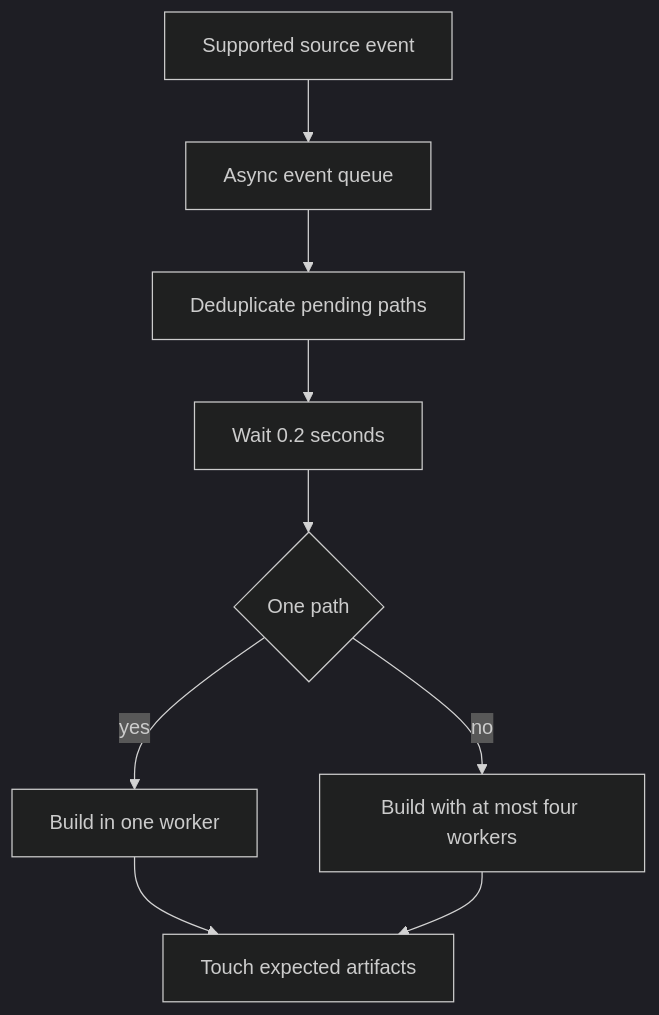
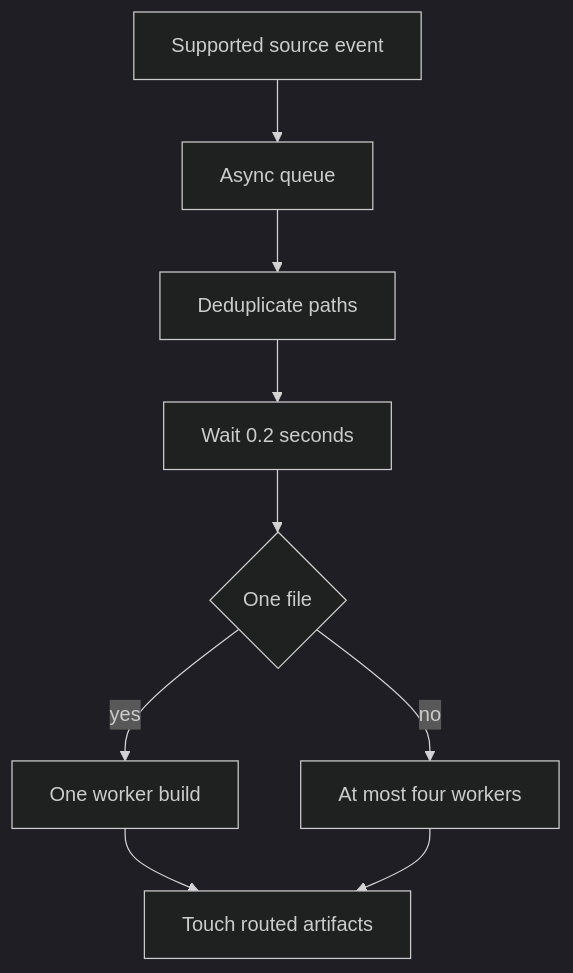
The second of 2 diagrams in openwiki/testing/builder-tests.md (rishi-raj-jain/docs-1), drawn with Mermaid (dark theme) before and after one commit. The commit also changed other lines of this file and 48 other files, not shown here.

````diff
--- a/openwiki/testing/builder-tests.md
+++ b/openwiki/testing/builder-tests.md
@@ -113,11 +145,11 @@
 ```mermaid
 flowchart TD
-    Event["Supported source event"] --> Queue["Async event queue"]
-    Queue --> Pending["Deduplicate pending paths"]
+    Event["Supported source event"] --> Queue["Async queue"]
+    Queue --> Pending["Deduplicate paths"]
     Pending --> Delay["Wait 0.2 seconds"]
-    Delay --> Count{"One path"}
-    Count -->|"yes"| OneWorker["Build in one worker"]
-    Count -->|"no"| Batch["Build with at most four workers"]
-    OneWorker --> Touch["Touch expected artifacts"]
+    Delay --> Count{"One file"}
+    Count -->|"yes"| One["One worker build"]
+    Count -->|"no"| Batch["At most four workers"]
+    One --> Touch["Touch routed artifacts"]
     Batch --> Touch
 ```
````
